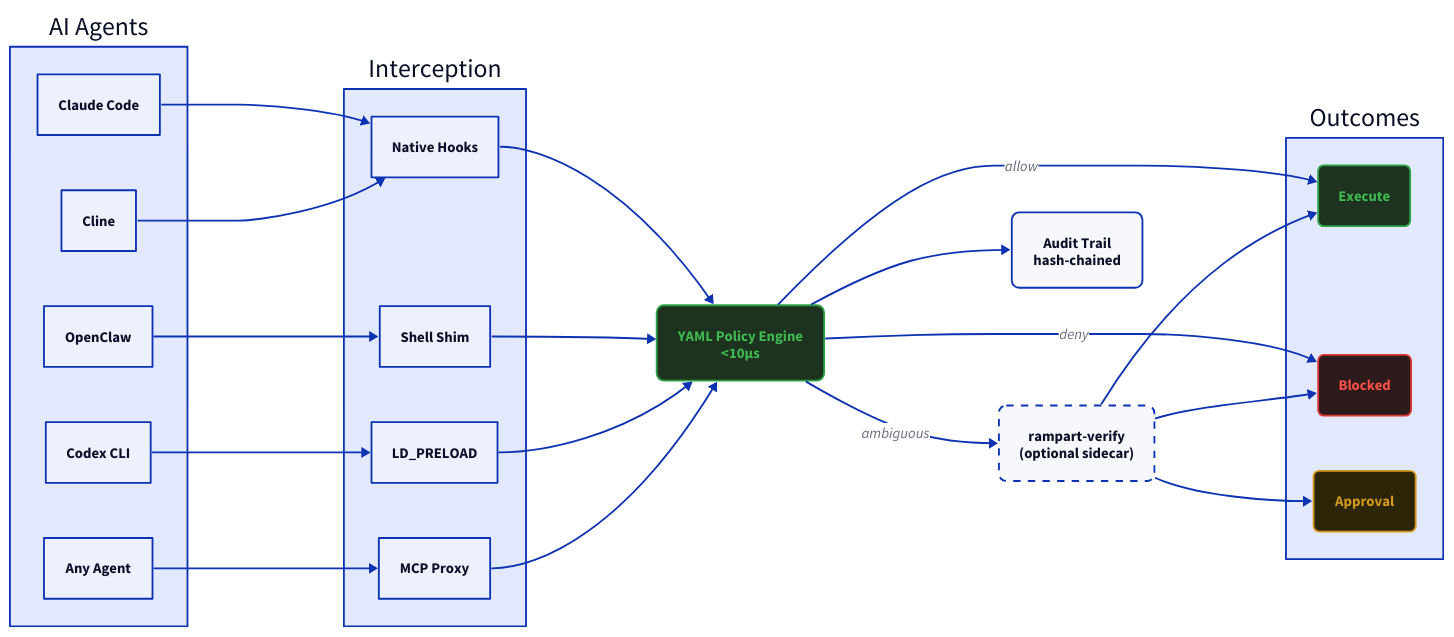
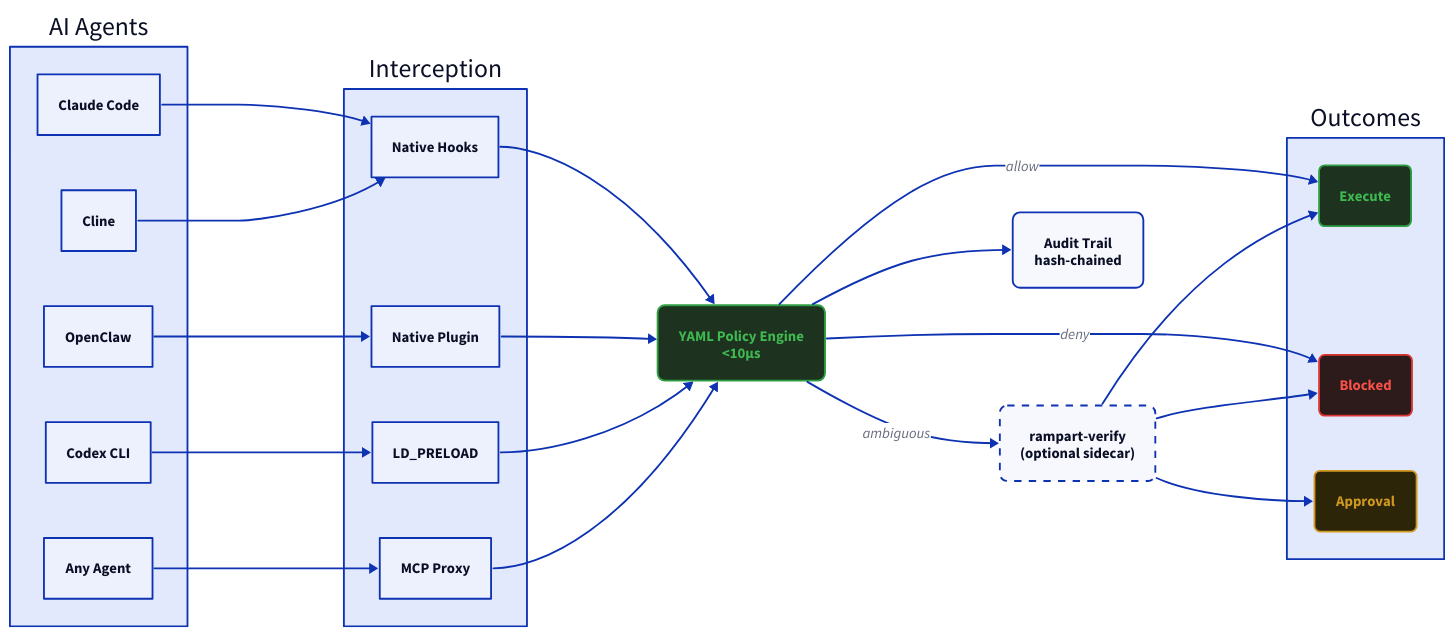
The diagram in docs-site/index.md (peg/rampart), drawn with D2 before and after one commit. The commit also changed other lines of this file and 28 other files, not shown here.

````diff
--- a/docs-site/index.md
+++ b/docs-site/index.md
@@ -114,78 +114,78 @@
 ```d2
 direction: right
 
 agents: {
   label: "AI Agents"
   claude: "Claude Code"
   cline: "Cline"
   openclaw: "OpenClaw"
   codex: "Codex CLI"
   other: "Any Agent"
 }
 
 intercept: {
   label: "Interception"
   hooks: "Native Hooks"
-  shim: "Shell Shim"
+  plugin: "Native Plugin"
   preload: "LD_PRELOAD"
   mcp: "MCP Proxy"
 }
 
 engine: "YAML Policy Engine\n<10μs" {
   style.fill: "#1d3320"
   style.stroke: "#2ea043"
   style.font-color: "#3fb950"
   style.border-radius: 8
 }
 
 verify: "rampart-verify\n(optional sidecar)" {
   style.stroke-dash: 4
   style.border-radius: 8
 }
 
 audit: "Audit Trail\nhash-chained" {
   style.border-radius: 8
 }
 
 outcomes: {
   label: "Outcomes"
   allow: "Execute" {
     style.fill: "#1d3320"
     style.stroke: "#2ea043"
     style.font-color: "#3fb950"
     style.border-radius: 6
   }
   deny: "Blocked" {
     style.fill: "#2d1b1b"
     style.stroke: "#da3633"
     style.font-color: "#f85149"
     style.border-radius: 6
   }
   approval: "Approval" {
     style.fill: "#2d2508"
     style.stroke: "#d29922"
     style.font-color: "#d29922"
     style.border-radius: 6
   }
 }
 
 agents.claude -> intercept.hooks
 agents.cline -> intercept.hooks
-agents.openclaw -> intercept.shim
+agents.openclaw -> intercept.plugin
 agents.codex -> intercept.preload
 agents.other -> intercept.mcp
 
 intercept.hooks -> engine
-intercept.shim -> engine
+intercept.plugin -> engine
 intercept.preload -> engine
 intercept.mcp -> engine
 
 engine -> outcomes.allow: "allow"
 engine -> outcomes.deny: "deny"
 engine -> verify: "ambiguous"
 engine -> audit
 
 verify -> outcomes.allow
 verify -> outcomes.deny
 verify -> outcomes.approval
 ```
````
